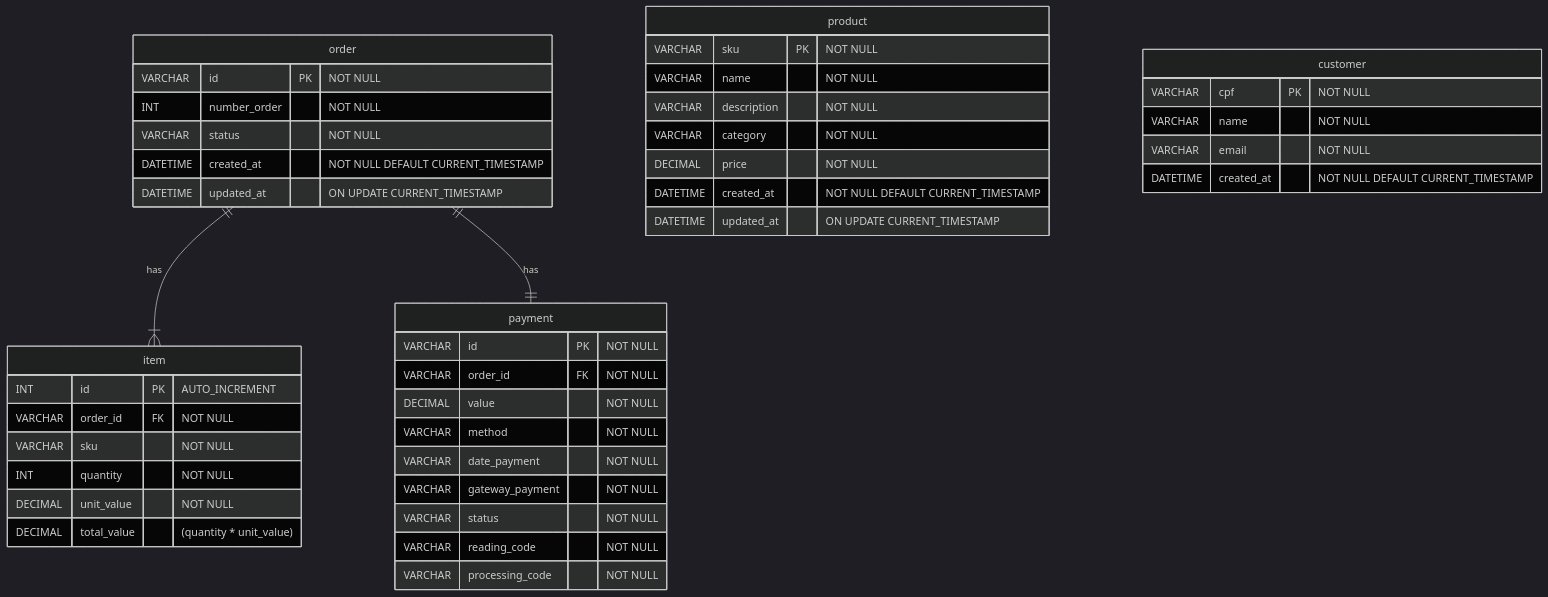
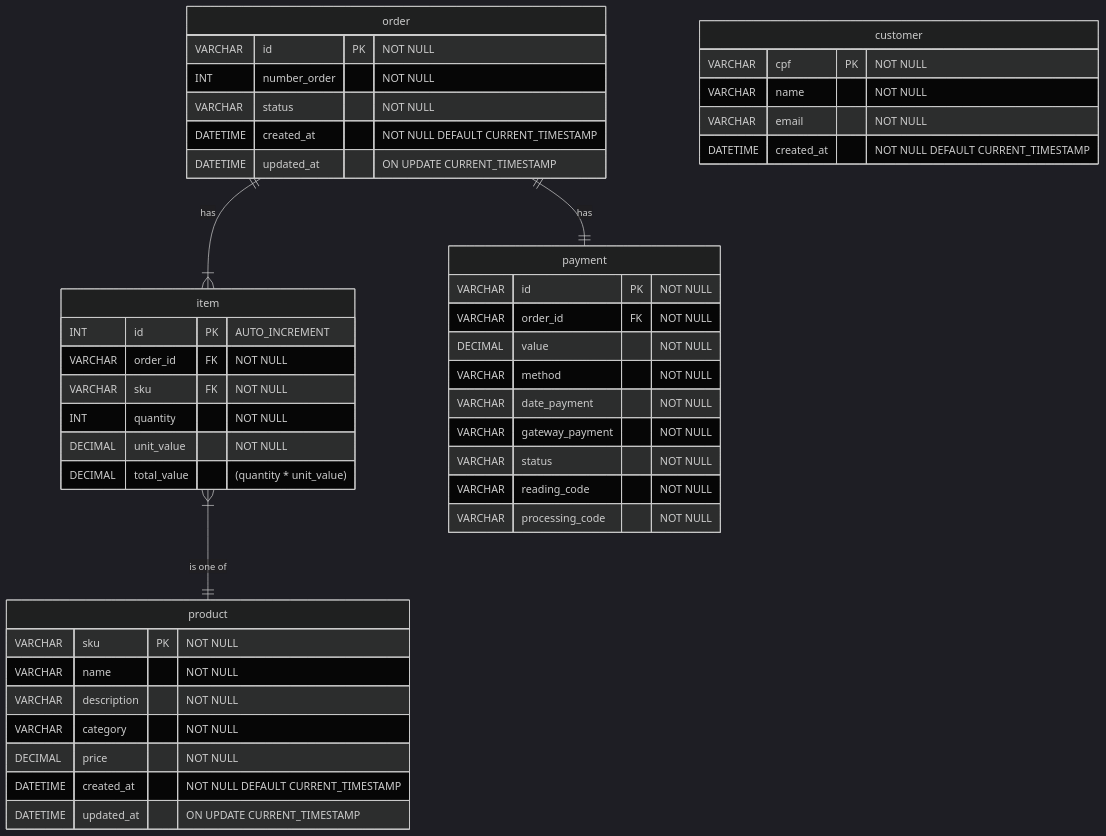
Before and after one commit to pedidos-techallenge/database-terraform: the diagram in MER.md, drawn with Mermaid (dark theme). The commit also changed other lines of this file and 1 other file, not shown here.

````diff
--- a/MER.md
+++ b/MER.md
@@ -23,52 +31,53 @@
 ```mermaid
 erDiagram
 
-order ||--|{ item : has
-order ||--|| payment : has
+order ||--|{ item : "has"
+order ||--|| payment : "has"
+item }|--|| product : "is one of"
 
 order {
     VARCHAR id PK "NOT NULL"
     INT number_order "NOT NULL"
     VARCHAR status "NOT NULL"
     DATETIME created_at "NOT NULL DEFAULT CURRENT_TIMESTAMP"
     DATETIME updated_at "ON UPDATE CURRENT_TIMESTAMP"
 }
 
+product {
+    VARCHAR sku PK "NOT NULL"
+    VARCHAR name "NOT NULL"
+    VARCHAR description "NOT NULL"
+    VARCHAR category "NOT NULL"
+    DECIMAL price "NOT NULL"
+    DATETIME created_at "NOT NULL DEFAULT CURRENT_TIMESTAMP"
+    DATETIME updated_at "ON UPDATE CURRENT_TIMESTAMP"
+}
+
 item {
     INT id PK "AUTO_INCREMENT"
     VARCHAR order_id FK "NOT NULL"
-    VARCHAR sku "NOT NULL"
+    VARCHAR sku FK "NOT NULL"
     INT quantity "NOT NULL"
     DECIMAL unit_value "NOT NULL"
     DECIMAL total_value "(quantity * unit_value)"
 }
 
 payment {
     VARCHAR id PK "NOT NULL"
     VARCHAR order_id FK "NOT NULL"
     DECIMAL value "NOT NULL"
     VARCHAR method "NOT NULL"
     VARCHAR date_payment "NOT NULL"
     VARCHAR gateway_payment "NOT NULL"
     VARCHAR status "NOT NULL"
     VARCHAR reading_code "NOT NULL"
     VARCHAR processing_code "NOT NULL"
 }
 
-product {
-    VARCHAR sku PK "NOT NULL"
-    VARCHAR name "NOT NULL"
-    VARCHAR description "NOT NULL"
-    VARCHAR category "NOT NULL"
-    DECIMAL price "NOT NULL"
-    DATETIME created_at "NOT NULL DEFAULT CURRENT_TIMESTAMP"
-    DATETIME updated_at "ON UPDATE CURRENT_TIMESTAMP"
-}
-
 customer {
     VARCHAR cpf PK "NOT NULL"
     VARCHAR name "NOT NULL"
     VARCHAR email "NOT NULL"
     DATETIME created_at "NOT NULL DEFAULT CURRENT_TIMESTAMP"
 }
 ```
````
